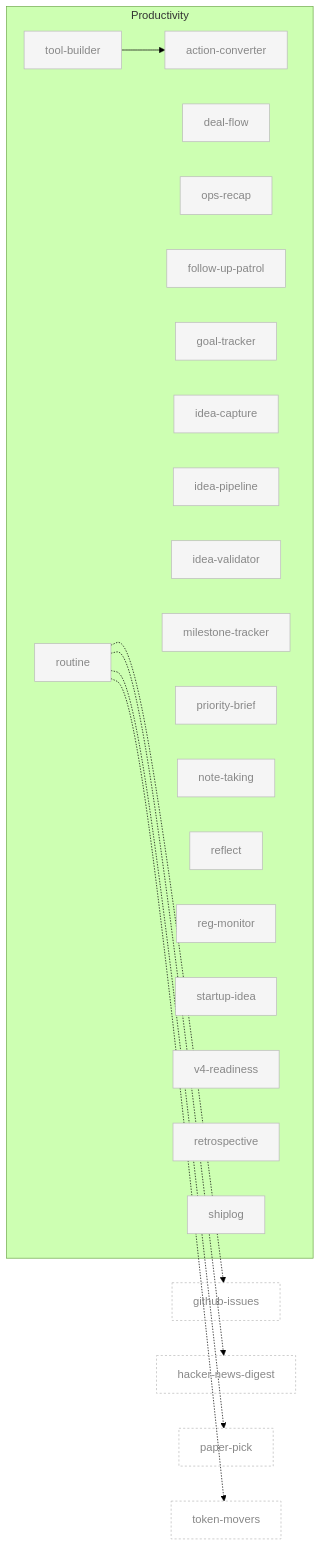
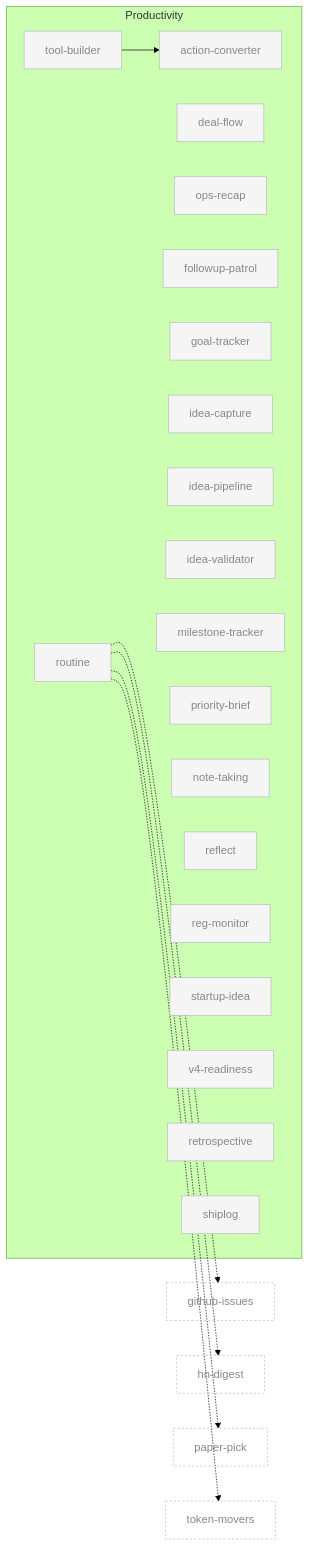
One commit to aeonfun/aeon changed the ninth of 10 diagrams in docs/skill-graph.md. Above: the diagram before and after it, drawn with Mermaid (forest theme). The commit also changed other lines of this file and 107 other files, not shown here.

First line of the commit message:
refactor(skills): shorten 30 skill names to two words (#427)

````diff
--- a/docs/skill-graph.md
+++ b/docs/skill-graph.md
@@ -508,62 +508,62 @@
 ```mermaid
 flowchart LR
     subgraph productivity ["Productivity"]
         action-converter[action-converter]
         routine[routine]
         deal-flow[deal-flow]
         ops-recap[ops-recap]
-        follow-up-patrol[follow-up-patrol]
+        followup-patrol[followup-patrol]
         goal-tracker[goal-tracker]
         idea-capture[idea-capture]
         idea-pipeline[idea-pipeline]
         idea-validator[idea-validator]
         milestone-tracker[milestone-tracker]
         priority-brief[priority-brief]
         note-taking[note-taking]
         reflect[reflect]
         reg-monitor[reg-monitor]
         startup-idea[startup-idea]
         tool-builder[tool-builder]
         v4-readiness[v4-readiness]
         retrospective[retrospective]
         shiplog[shiplog]
     end
 
     github-issues[github-issues]:::external
-    hacker-news-digest[hacker-news-digest]:::external
+    hn-digest[hn-digest]:::external
     paper-pick[paper-pick]:::external
     token-movers[token-movers]:::external
 
     tool-builder --> action-converter
     routine -.-> token-movers
     routine -.-> paper-pick
     routine -.-> github-issues
-    routine -.-> hacker-news-digest
+    routine -.-> hn-digest
 
     classDef default fill:#f5f5f5,stroke:#bbb,color:#888
     classDef enabled fill:#fff,stroke:#000,stroke-width:2px,color:#000
     classDef external fill:none,stroke:#bbb,stroke-dasharray:3 3,color:#888
     click action-converter "../skills/action-converter/SKILL.md"
     click routine "../skills/routine/SKILL.md"
     click deal-flow "../skills/deal-flow/SKILL.md"
     click ops-recap "../skills/ops-recap/SKILL.md"
-    click follow-up-patrol "../skills/follow-up-patrol/SKILL.md"
+    click followup-patrol "../skills/followup-patrol/SKILL.md"
     click goal-tracker "../skills/goal-tracker/SKILL.md"
     click idea-capture "../skills/idea-capture/SKILL.md"
     click idea-pipeline "../skills/idea-pipeline/SKILL.md"
     click idea-validator "../skills/idea-validator/SKILL.md"
     click milestone-tracker "../skills/milestone-tracker/SKILL.md"
     click priority-brief "../skills/priority-brief/SKILL.md"
     click note-taking "../skills/note-taking/SKILL.md"
     click reflect "../skills/reflect/SKILL.md"
     click reg-monitor "../skills/reg-monitor/SKILL.md"
     click startup-idea "../skills/startup-idea/SKILL.md"
     click tool-builder "../skills/tool-builder/SKILL.md"
     click v4-readiness "../skills/v4-readiness/SKILL.md"
     click retrospective "../skills/retrospective/SKILL.md"
     click shiplog "../skills/shiplog/SKILL.md"
     click github-issues "../skills/github-issues/SKILL.md"
-    click hacker-news-digest "../skills/hacker-news-digest/SKILL.md"
+    click hn-digest "../skills/hn-digest/SKILL.md"
     click paper-pick "../skills/paper-pick/SKILL.md"
     click token-movers "../skills/token-movers/SKILL.md"
 ```
````
